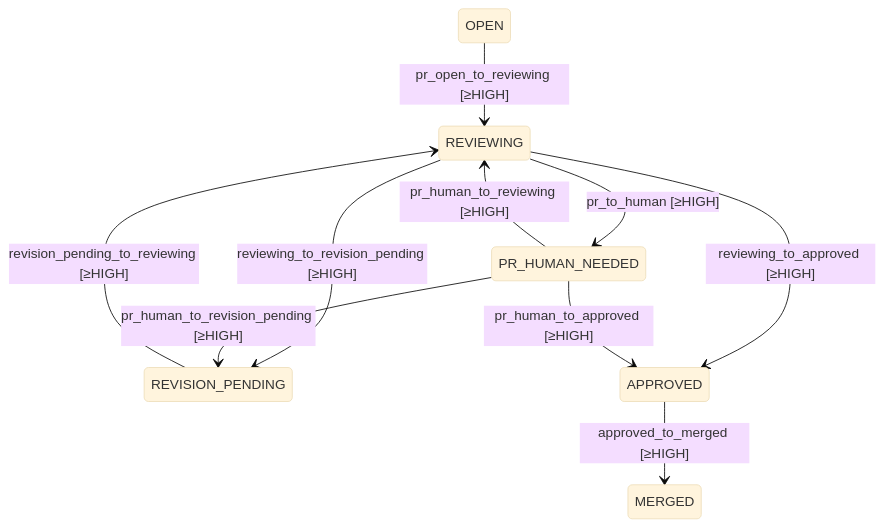
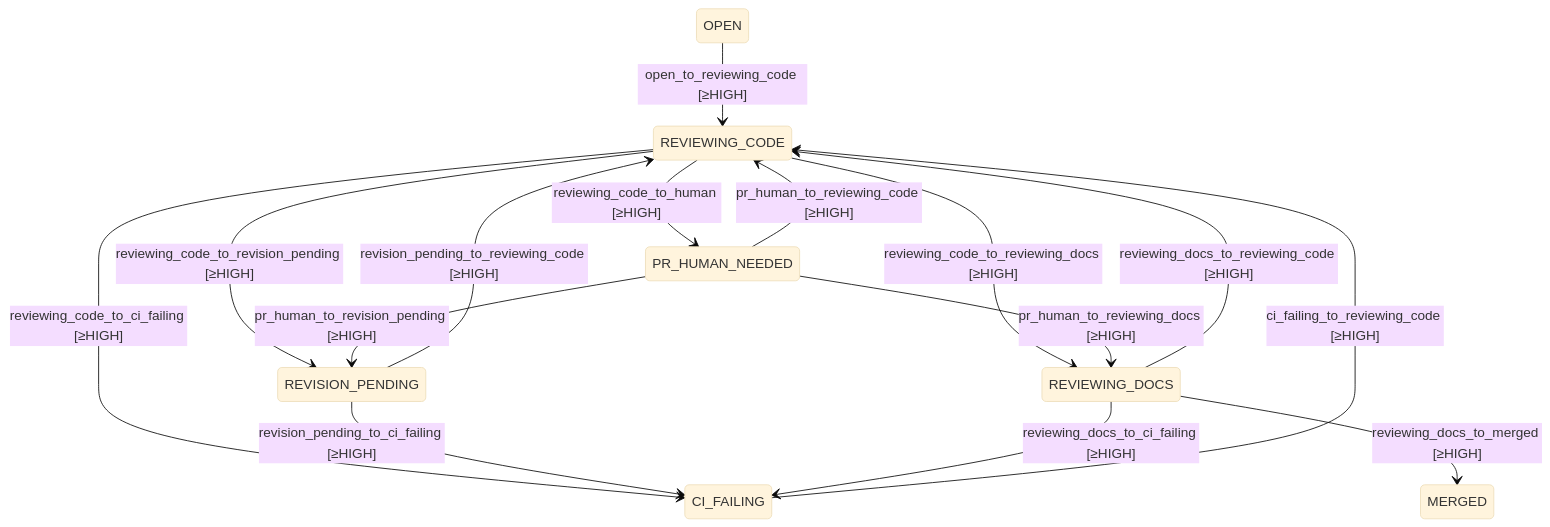
The second of 2 diagrams in docs/fsm.md (damien-robotsix/robotsix-cai), drawn with Mermaid (base theme) before and after one commit. The commit also changed 4 other files, not shown here.

````diff
--- a/docs/fsm.md
+++ b/docs/fsm.md
@@ -43,12 +43,17 @@
 ```mermaid
 stateDiagram-v2
-    OPEN --> REVIEWING : pr_open_to_reviewing [≥HIGH]
-    REVIEWING --> REVISION_PENDING : reviewing_to_revision_pending [≥HIGH]
-    REVISION_PENDING --> REVIEWING : revision_pending_to_reviewing [≥HIGH]
-    REVIEWING --> APPROVED : reviewing_to_approved [≥HIGH]
-    APPROVED --> MERGED : approved_to_merged [≥HIGH]
-    REVIEWING --> PR_HUMAN_NEEDED : pr_to_human [≥HIGH]
-    PR_HUMAN_NEEDED --> REVIEWING : pr_human_to_reviewing [≥HIGH]
+    OPEN --> REVIEWING_CODE : open_to_reviewing_code [≥HIGH]
+    REVIEWING_CODE --> REVISION_PENDING : reviewing_code_to_revision_pending [≥HIGH]
+    REVIEWING_CODE --> REVIEWING_DOCS : reviewing_code_to_reviewing_docs [≥HIGH]
+    REVISION_PENDING --> REVIEWING_CODE : revision_pending_to_reviewing_code [≥HIGH]
+    REVIEWING_DOCS --> REVIEWING_CODE : reviewing_docs_to_reviewing_code [≥HIGH]
+    REVIEWING_DOCS --> MERGED : reviewing_docs_to_merged [≥HIGH]
+    REVIEWING_CODE --> CI_FAILING : reviewing_code_to_ci_failing [≥HIGH]
+    REVISION_PENDING --> CI_FAILING : revision_pending_to_ci_failing [≥HIGH]
+    REVIEWING_DOCS --> CI_FAILING : reviewing_docs_to_ci_failing [≥HIGH]
+    CI_FAILING --> REVIEWING_CODE : ci_failing_to_reviewing_code [≥HIGH]
+    REVIEWING_CODE --> PR_HUMAN_NEEDED : reviewing_code_to_human [≥HIGH]
+    PR_HUMAN_NEEDED --> REVIEWING_CODE : pr_human_to_reviewing_code [≥HIGH]
     PR_HUMAN_NEEDED --> REVISION_PENDING : pr_human_to_revision_pending [≥HIGH]
-    PR_HUMAN_NEEDED --> APPROVED : pr_human_to_approved [≥HIGH]
+    PR_HUMAN_NEEDED --> REVIEWING_DOCS : pr_human_to_reviewing_docs [≥HIGH]
 ```
````
